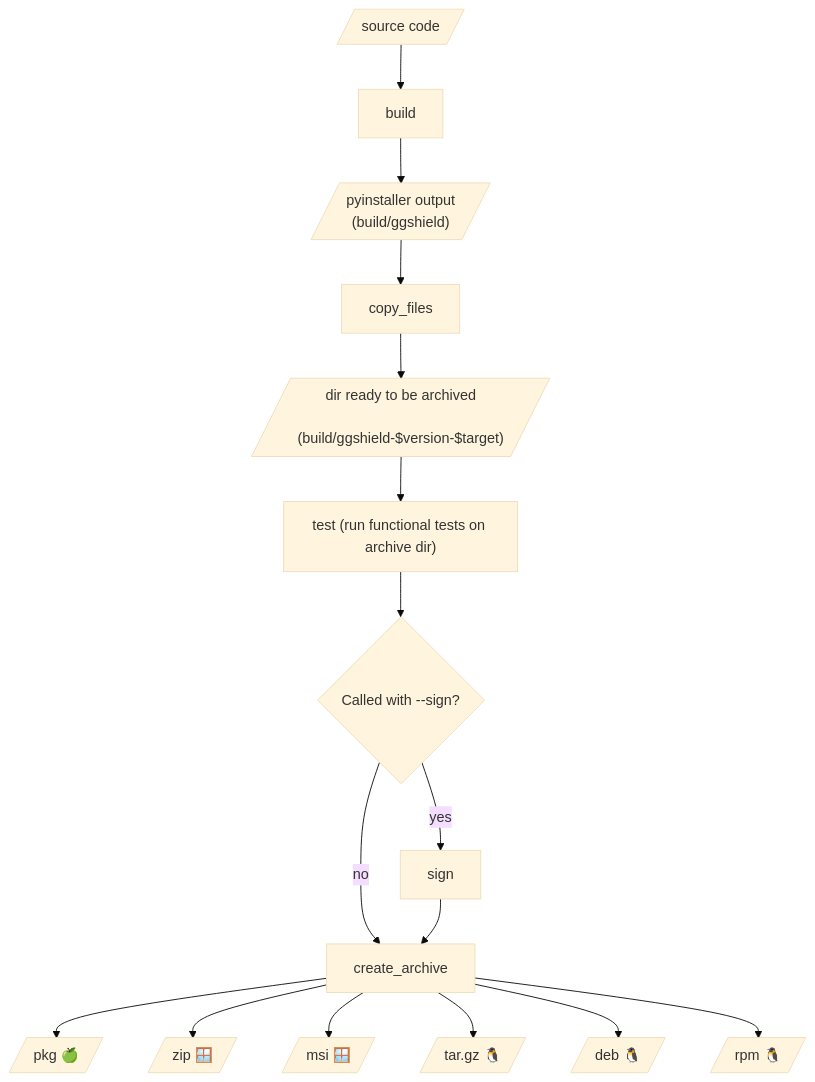
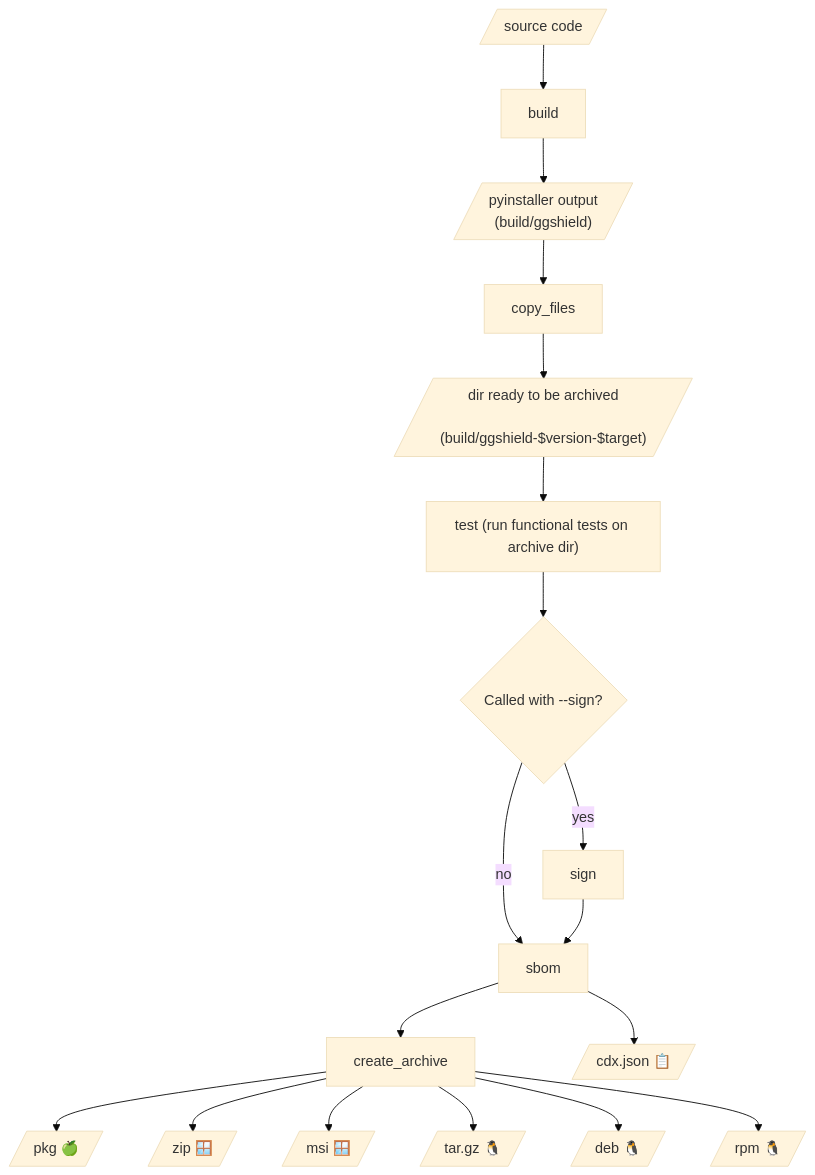
The diagram in doc/dev/os-packages.md (GitGuardian/ggshield), drawn with Mermaid (base theme) before and after one commit. The commit also changed other lines of this file and 7 other files, not shown here.

````diff
--- a/doc/dev/os-packages.md
+++ b/doc/dev/os-packages.md
@@ -15,16 +15,17 @@
 ```mermaid
 flowchart TD
     src[/source code/] --> build --> pyinstaller_dir[/"pyinstaller output
     (build/ggshield)"/]
     pyinstaller_dir --> copy_files --> archive_dir[/"dir ready to be archived
     (build/ggshield-$version-$target)"/]
     archive_dir --> test["test (run functional tests on archive dir)"]
     test --> signing{Called with --sign?} -->|yes| sign
-    signing -->|no| create_archive
-    sign --> create_archive --> pkg[/"pkg 🍏"/]
+    signing -->|no| sbom
+    sign --> sbom --> create_archive --> pkg[/"pkg 🍏"/]
     create_archive --> zip[/"zip 🪟"/]
     create_archive --> msi[/"msi 🪟"/]
     create_archive --> tar.gz[/"tar.gz 🐧"/]
     create_archive --> deb[/"deb 🐧"/]
     create_archive --> rpm[/"rpm 🐧"/]
+    sbom --> cdx[/"cdx.json 📋"/]
 ```
````
